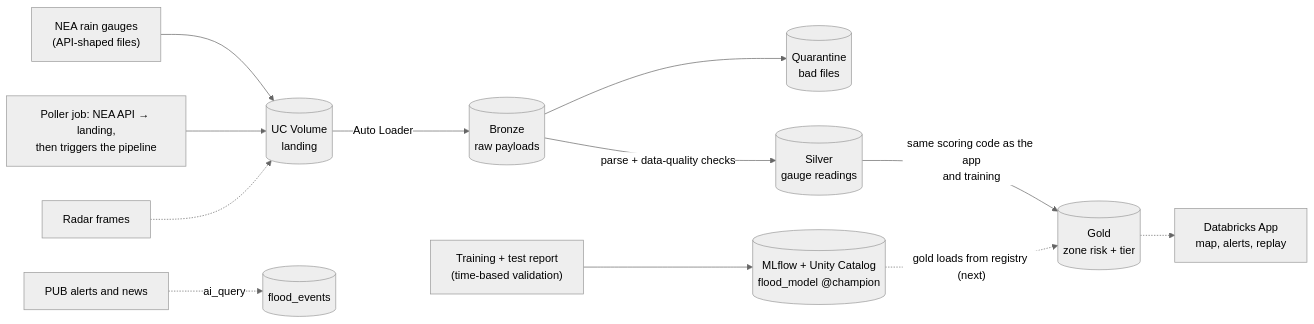
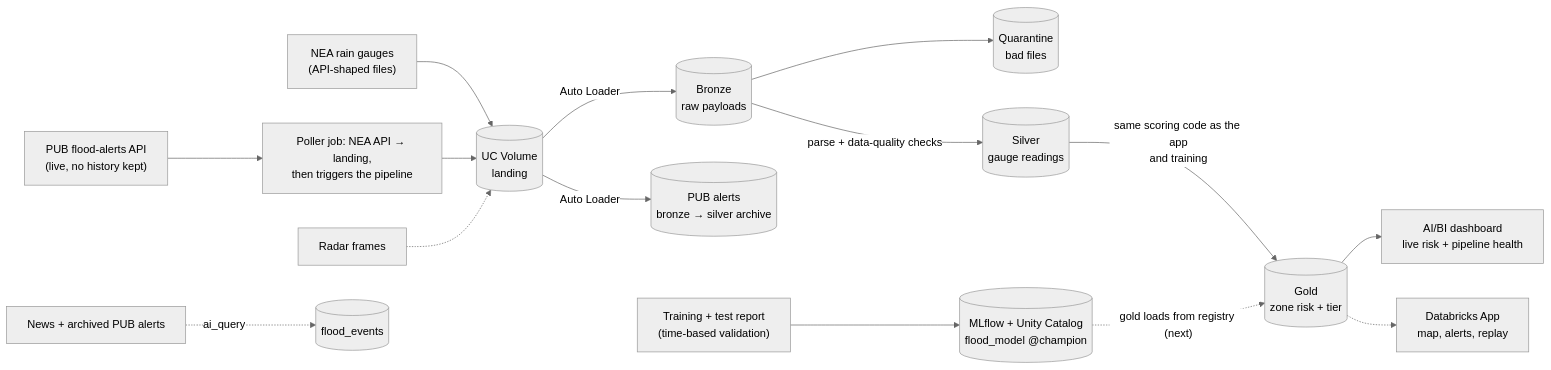
Before and after one commit to adk7712/floodsense: the diagram in submission/round1_pitch_deck.md, drawn with Mermaid (neutral theme). The commit also changed other lines of this file and 16 other files, not shown here.

First line of the commit message:
feat: live PUB flood alerts, AI/BI dashboard, 90% intervals, UC governance

````diff
--- a/submission/round1_pitch_deck.md
+++ b/submission/round1_pitch_deck.md
@@ -137,14 +142,17 @@
 ```mermaid
 flowchart LR
     G["NEA rain gauges<br/>(API-shaped files)"] --> V[("UC Volume<br/>landing")]
     V -->|Auto Loader| B[("Bronze<br/>raw payloads")]
     B --> Q[("Quarantine<br/>bad files")]
     B -->|"parse + data-quality checks"| S[("Silver<br/>gauge readings")]
     S -->|"same scoring code as the app<br/>and training"| P[("Gold<br/>zone risk + tier")]
     J["Poller job: NEA API → landing,<br/>then triggers the pipeline"] --> V
     R["Radar frames"] -.-> V
-    A["PUB alerts and news"] -.->|ai_query| E[("flood_events")]
+    PA["PUB flood-alerts API<br/>(live, no history kept)"] --> J
+    V -->|Auto Loader| AB[("PUB alerts<br/>bronze → silver archive")]
+    P --> D["AI/BI dashboard<br/>live risk + pipeline health"]
+    A["News + archived PUB alerts"] -.->|ai_query| E[("flood_events")]
     P -.-> APP["Databricks App<br/>map, alerts, replay"]
     T["Training + test report<br/>(time-based validation)"] --> M[("MLflow + Unity Catalog<br/>flood_model @champion")]
     M -.->|"gold loads from registry (next)"| P
 ```
````
